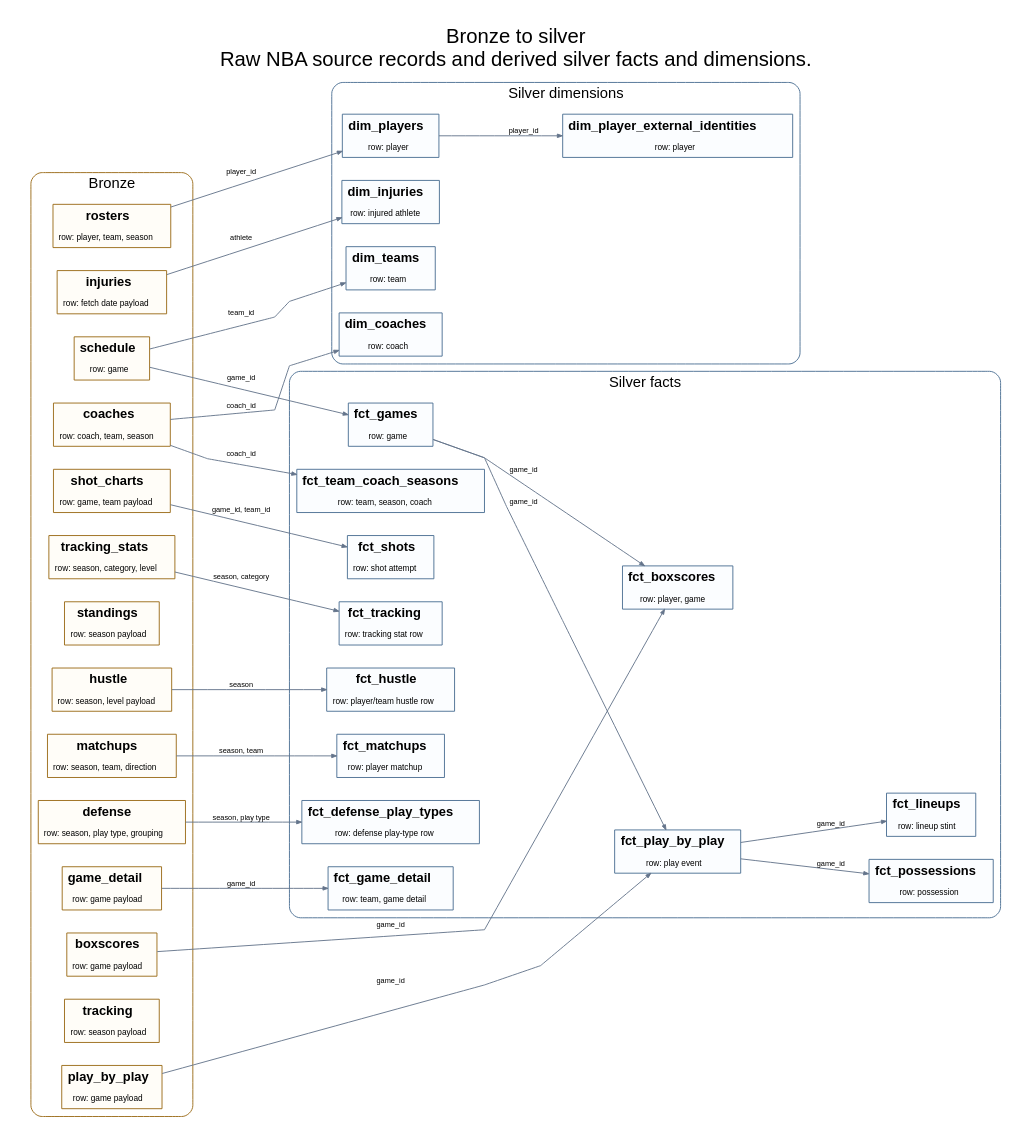
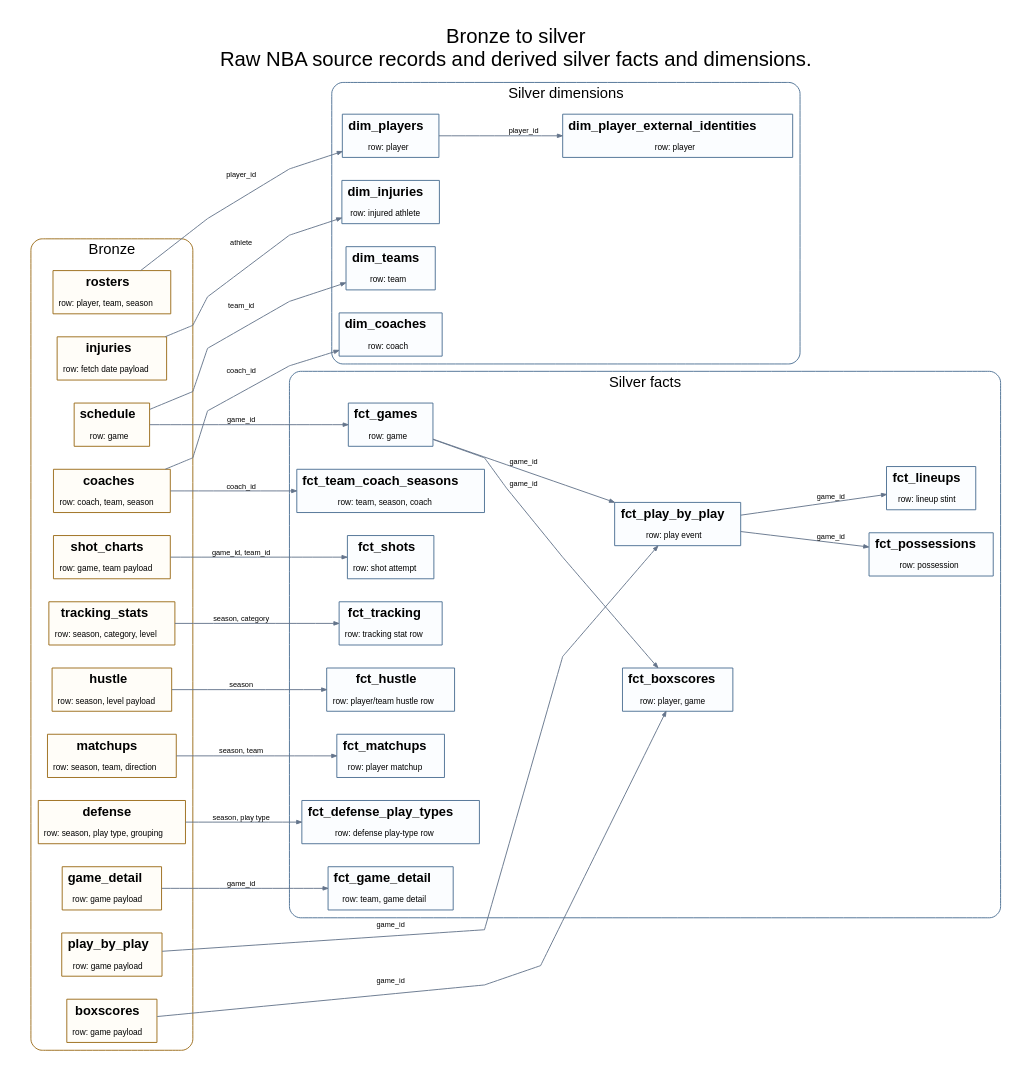
Before and after one commit to azhangd/nba-analytics-duckdb: the diagram in docs/assets/core_tables.dot, drawn with Graphviz. The commit also changed 29 other files, not shown here.

```diff
--- a/docs/assets/core_tables.dot
+++ b/docs/assets/core_tables.dot
@@ -1,83 +1,81 @@
 digraph core_diagram {
   graph [rankdir=LR, bgcolor=white, pad=0.25, nodesep=0.35, ranksep=0.65, splines=polyline];
   node [shape=plain, fontname=Helvetica];
   edge [fontname=Helvetica, fontsize=8, color="#64748b", arrowsize=0.55];
   label="Bronze to silver\nRaw NBA source records and derived silver facts and dimensions.";
   labelloc=t;
   fontsize=22;
   fontname=Helvetica;
   subgraph cluster_bronze {
     label="Bronze";
     labelloc=t;
     fontsize=16;
     fontname=Helvetica;
     color="#9a6a16";
     style="rounded";
     "bronze__schedule" [label=<<TABLE BORDER="1" CELLBORDER="0" CELLSPACING="0" CELLPADDING="5" COLOR="#9a6a16" BGCOLOR="#fffdf8"><TR><TD><B>schedule</B></TD></TR><TR><TD><FONT POINT-SIZE="9">row: game</FONT></TD></TR></TABLE>>];
     "bronze__rosters" [label=<<TABLE BORDER="1" CELLBORDER="0" CELLSPACING="0" CELLPADDING="5" COLOR="#9a6a16" BGCOLOR="#fffdf8"><TR><TD><B>rosters</B></TD></TR><TR><TD><FONT POINT-SIZE="9">row: player, team, season</FONT></TD></TR></TABLE>>];
     "bronze__coaches" [label=<<TABLE BORDER="1" CELLBORDER="0" CELLSPACING="0" CELLPADDING="5" COLOR="#9a6a16" BGCOLOR="#fffdf8"><TR><TD><B>coaches</B></TD></TR><TR><TD><FONT POINT-SIZE="9">row: coach, team, season</FONT></TD></TR></TABLE>>];
     "bronze__boxscores" [label=<<TABLE BORDER="1" CELLBORDER="0" CELLSPACING="0" CELLPADDING="5" COLOR="#9a6a16" BGCOLOR="#fffdf8"><TR><TD><B>boxscores</B></TD></TR><TR><TD><FONT POINT-SIZE="9">row: game payload</FONT></TD></TR></TABLE>>];
     "bronze__play_by_play" [label=<<TABLE BORDER="1" CELLBORDER="0" CELLSPACING="0" CELLPADDING="5" COLOR="#9a6a16" BGCOLOR="#fffdf8"><TR><TD><B>play_by_play</B></TD></TR><TR><TD><FONT POINT-SIZE="9">row: game payload</FONT></TD></TR></TABLE>>];
     "bronze__shot_charts" [label=<<TABLE BORDER="1" CELLBORDER="0" CELLSPACING="0" CELLPADDING="5" COLOR="#9a6a16" BGCOLOR="#fffdf8"><TR><TD><B>shot_charts</B></TD></TR><TR><TD><FONT POINT-SIZE="9">row: game, team payload</FONT></TD></TR></TABLE>>];
-    "bronze__standings" [label=<<TABLE BORDER="1" CELLBORDER="0" CELLSPACING="0" CELLPADDING="5" COLOR="#9a6a16" BGCOLOR="#fffdf8"><TR><TD><B>standings</B></TD></TR><TR><TD><FONT POINT-SIZE="9">row: season payload</FONT></TD></TR></TABLE>>];
     "bronze__tracking_stats" [label=<<TABLE BORDER="1" CELLBORDER="0" CELLSPACING="0" CELLPADDING="5" COLOR="#9a6a16" BGCOLOR="#fffdf8"><TR><TD><B>tracking_stats</B></TD></TR><TR><TD><FONT POINT-SIZE="9">row: season, category, level</FONT></TD></TR></TABLE>>];
     "bronze__hustle" [label=<<TABLE BORDER="1" CELLBORDER="0" CELLSPACING="0" CELLPADDING="5" COLOR="#9a6a16" BGCOLOR="#fffdf8"><TR><TD><B>hustle</B></TD></TR><TR><TD><FONT POINT-SIZE="9">row: season, level payload</FONT></TD></TR></TABLE>>];
     "bronze__matchups" [label=<<TABLE BORDER="1" CELLBORDER="0" CELLSPACING="0" CELLPADDING="5" COLOR="#9a6a16" BGCOLOR="#fffdf8"><TR><TD><B>matchups</B></TD></TR><TR><TD><FONT POINT-SIZE="9">row: season, team, direction</FONT></TD></TR></TABLE>>];
     "bronze__defense" [label=<<TABLE BORDER="1" CELLBORDER="0" CELLSPACING="0" CELLPADDING="5" COLOR="#9a6a16" BGCOLOR="#fffdf8"><TR><TD><B>defense</B></TD></TR><TR><TD><FONT POINT-SIZE="9">row: season, play type, grouping</FONT></TD></TR></TABLE>>];
     "bronze__game_detail" [label=<<TABLE BORDER="1" CELLBORDER="0" CELLSPACING="0" CELLPADDING="5" COLOR="#9a6a16" BGCOLOR="#fffdf8"><TR><TD><B>game_detail</B></TD></TR><TR><TD><FONT POINT-SIZE="9">row: game payload</FONT></TD></TR></TABLE>>];
-    "bronze__tracking" [label=<<TABLE BORDER="1" CELLBORDER="0" CELLSPACING="0" CELLPADDING="5" COLOR="#9a6a16" BGCOLOR="#fffdf8"><TR><TD><B>tracking</B></TD></TR><TR><TD><FONT POINT-SIZE="9">row: season payload</FONT></TD></TR></TABLE>>];
     "bronze__injuries" [label=<<TABLE BORDER="1" CELLBORDER="0" CELLSPACING="0" CELLPADDING="5" COLOR="#9a6a16" BGCOLOR="#fffdf8"><TR><TD><B>injuries</B></TD></TR><TR><TD><FONT POINT-SIZE="9">row: fetch date payload</FONT></TD></TR></TABLE>>];
   }
   subgraph cluster_silver_dim {
     label="Silver dimensions";
     labelloc=t;
     fontsize=16;
     fontname=Helvetica;
     color="#4b6f93";
     style="rounded";
     "silver__dim_teams" [label=<<TABLE BORDER="1" CELLBORDER="0" CELLSPACING="0" CELLPADDING="5" COLOR="#4b6f93" BGCOLOR="#fbfdff"><TR><TD><B>dim_teams</B></TD></TR><TR><TD><FONT POINT-SIZE="9">row: team</FONT></TD></TR></TABLE>>];
     "silver__dim_players" [label=<<TABLE BORDER="1" CELLBORDER="0" CELLSPACING="0" CELLPADDING="5" COLOR="#4b6f93" BGCOLOR="#fbfdff"><TR><TD><B>dim_players</B></TD></TR><TR><TD><FONT POINT-SIZE="9">row: player</FONT></TD></TR></TABLE>>];
     "silver__dim_coaches" [label=<<TABLE BORDER="1" CELLBORDER="0" CELLSPACING="0" CELLPADDING="5" COLOR="#4b6f93" BGCOLOR="#fbfdff"><TR><TD><B>dim_coaches</B></TD></TR><TR><TD><FONT POINT-SIZE="9">row: coach</FONT></TD></TR></TABLE>>];
     "silver__dim_player_external_identities" [label=<<TABLE BORDER="1" CELLBORDER="0" CELLSPACING="0" CELLPADDING="5" COLOR="#4b6f93" BGCOLOR="#fbfdff"><TR><TD><B>dim_player_external_identities</B></TD></TR><TR><TD><FONT POINT-SIZE="9">row: player</FONT></TD></TR></TABLE>>];
     "silver__dim_injuries" [label=<<TABLE BORDER="1" CELLBORDER="0" CELLSPACING="0" CELLPADDING="5" COLOR="#4b6f93" BGCOLOR="#fbfdff"><TR><TD><B>dim_injuries</B></TD></TR><TR><TD><FONT POINT-SIZE="9">row: injured athlete</FONT></TD></TR></TABLE>>];
   }
   subgraph cluster_silver_fct {
     label="Silver facts";
     labelloc=t;
     fontsize=16;
     fontname=Helvetica;
     color="#4b6f93";
     style="rounded";
     "silver__fct_games" [label=<<TABLE BORDER="1" CELLBORDER="0" CELLSPACING="0" CELLPADDING="5" COLOR="#4b6f93" BGCOLOR="#fbfdff"><TR><TD><B>fct_games</B></TD></TR><TR><TD><FONT POINT-SIZE="9">row: game</FONT></TD></TR></TABLE>>];
     "silver__fct_boxscores" [label=<<TABLE BORDER="1" CELLBORDER="0" CELLSPACING="0" CELLPADDING="5" COLOR="#4b6f93" BGCOLOR="#fbfdff"><TR><TD><B>fct_boxscores</B></TD></TR><TR><TD><FONT POINT-SIZE="9">row: player, game</FONT></TD></TR></TABLE>>];
     "silver__fct_shots" [label=<<TABLE BORDER="1" CELLBORDER="0" CELLSPACING="0" CELLPADDING="5" COLOR="#4b6f93" BGCOLOR="#fbfdff"><TR><TD><B>fct_shots</B></TD></TR><TR><TD><FONT POINT-SIZE="9">row: shot attempt</FONT></TD></TR></TABLE>>];
     "silver__fct_play_by_play" [label=<<TABLE BORDER="1" CELLBORDER="0" CELLSPACING="0" CELLPADDING="5" COLOR="#4b6f93" BGCOLOR="#fbfdff"><TR><TD><B>fct_play_by_play</B></TD></TR><TR><TD><FONT POINT-SIZE="9">row: play event</FONT></TD></TR></TABLE>>];
     "silver__fct_possessions" [label=<<TABLE BORDER="1" CELLBORDER="0" CELLSPACING="0" CELLPADDING="5" COLOR="#4b6f93" BGCOLOR="#fbfdff"><TR><TD><B>fct_possessions</B></TD></TR><TR><TD><FONT POINT-SIZE="9">row: possession</FONT></TD></TR></TABLE>>];
     "silver__fct_lineups" [label=<<TABLE BORDER="1" CELLBORDER="0" CELLSPACING="0" CELLPADDING="5" COLOR="#4b6f93" BGCOLOR="#fbfdff"><TR><TD><B>fct_lineups</B></TD></TR><TR><TD><FONT POINT-SIZE="9">row: lineup stint</FONT></TD></TR></TABLE>>];
     "silver__fct_hustle" [label=<<TABLE BORDER="1" CELLBORDER="0" CELLSPACING="0" CELLPADDING="5" COLOR="#4b6f93" BGCOLOR="#fbfdff"><TR><TD><B>fct_hustle</B></TD></TR><TR><TD><FONT POINT-SIZE="9">row: player/team hustle row</FONT></TD></TR></TABLE>>];
     "silver__fct_tracking" [label=<<TABLE BORDER="1" CELLBORDER="0" CELLSPACING="0" CELLPADDING="5" COLOR="#4b6f93" BGCOLOR="#fbfdff"><TR><TD><B>fct_tracking</B></TD></TR><TR><TD><FONT POINT-SIZE="9">row: tracking stat row</FONT></TD></TR></TABLE>>];
     "silver__fct_matchups" [label=<<TABLE BORDER="1" CELLBORDER="0" CELLSPACING="0" CELLPADDING="5" COLOR="#4b6f93" BGCOLOR="#fbfdff"><TR><TD><B>fct_matchups</B></TD></TR><TR><TD><FONT POINT-SIZE="9">row: player matchup</FONT></TD></TR></TABLE>>];
     "silver__fct_defense_play_types" [label=<<TABLE BORDER="1" CELLBORDER="0" CELLSPACING="0" CELLPADDING="5" COLOR="#4b6f93" BGCOLOR="#fbfdff"><TR><TD><B>fct_defense_play_types</B></TD></TR><TR><TD><FONT POINT-SIZE="9">row: defense play-type row</FONT></TD></TR></TABLE>>];
     "silver__fct_game_detail" [label=<<TABLE BORDER="1" CELLBORDER="0" CELLSPACING="0" CELLPADDING="5" COLOR="#4b6f93" BGCOLOR="#fbfdff"><TR><TD><B>fct_game_detail</B></TD></TR><TR><TD><FONT POINT-SIZE="9">row: team, game detail</FONT></TD></TR></TABLE>>];
     "silver__fct_team_coach_seasons" [label=<<TABLE BORDER="1" CELLBORDER="0" CELLSPACING="0" CELLPADDING="5" COLOR="#4b6f93" BGCOLOR="#fbfdff"><TR><TD><B>fct_team_coach_seasons</B></TD></TR><TR><TD><FONT POINT-SIZE="9">row: team, season, coach</FONT></TD></TR></TABLE>>];
   }
   "bronze__schedule" -> "silver__dim_teams" [label="team_id"];
   "bronze__rosters" -> "silver__dim_players" [label="player_id"];
   "bronze__coaches" -> "silver__dim_coaches" [label="coach_id"];
   "bronze__schedule" -> "silver__fct_games" [label="game_id"];
   "bronze__boxscores" -> "silver__fct_boxscores" [label="game_id"];
   "bronze__play_by_play" -> "silver__fct_play_by_play" [label="game_id"];
   "bronze__shot_charts" -> "silver__fct_shots" [label="game_id, team_id"];
   "bronze__game_detail" -> "silver__fct_game_detail" [label="game_id"];
   "bronze__tracking_stats" -> "silver__fct_tracking" [label="season, category"];
   "bronze__hustle" -> "silver__fct_hustle" [label="season"];
   "bronze__matchups" -> "silver__fct_matchups" [label="season, team"];
   "bronze__defense" -> "silver__fct_defense_play_types" [label="season, play type"];
   "bronze__injuries" -> "silver__dim_injuries" [label="athlete"];
   "silver__fct_games" -> "silver__fct_boxscores" [label="game_id"];
   "silver__fct_games" -> "silver__fct_play_by_play" [label="game_id"];
   "silver__fct_play_by_play" -> "silver__fct_possessions" [label="game_id"];
   "silver__fct_play_by_play" -> "silver__fct_lineups" [label="game_id"];
   "silver__dim_players" -> "silver__dim_player_external_identities" [label="player_id"];
   "bronze__coaches" -> "silver__fct_team_coach_seasons" [label="coach_id"];
 }
```
